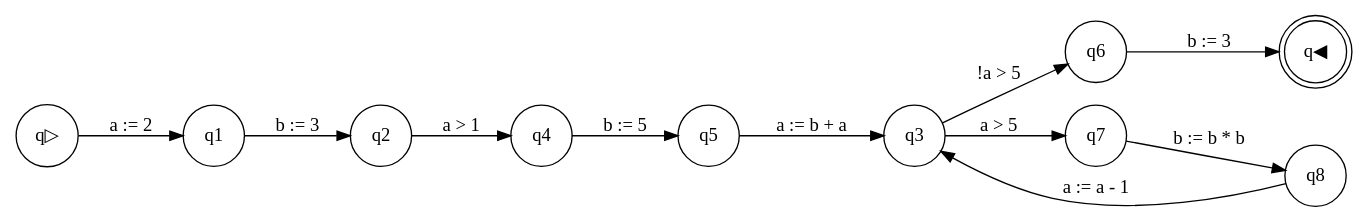
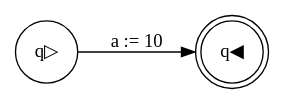
The diagram in Modelling/Modelling/Test.gv (emmachirlomez/Modelling), drawn with Graphviz before and after one commit. The commit also changed 12 other files, not shown here.

```diff
--- a/Modelling/Modelling/Test.gv
+++ b/Modelling/Modelling/Test.gv
@@ -1,15 +1,6 @@
 digraph program_graph {rankdir=LR;
 node [shape = circle]; q▷;
 node [shape = doublecircle]; q◀;
 node [shape = circle]
-q▷ -> q1[label = "a := 2"];
-q1 -> q2[label = "b := 3"];
-q2 -> q4[label = "a > 1"];
-q4 -> q5[label = "b := 5"];
-q5 -> q3[label = "a := b + a"];
-q3 -> q6[label = "!a > 5"];
-q3 -> q7[label = "a > 5"];
-q7 -> q8[label = "b := b * b"];
-q8 -> q3[label = "a := a - 1"];
-q6 -> q◀[label = "b := 3"];
+q▷ -> q◀[label = "a := 10"];
 }
```
